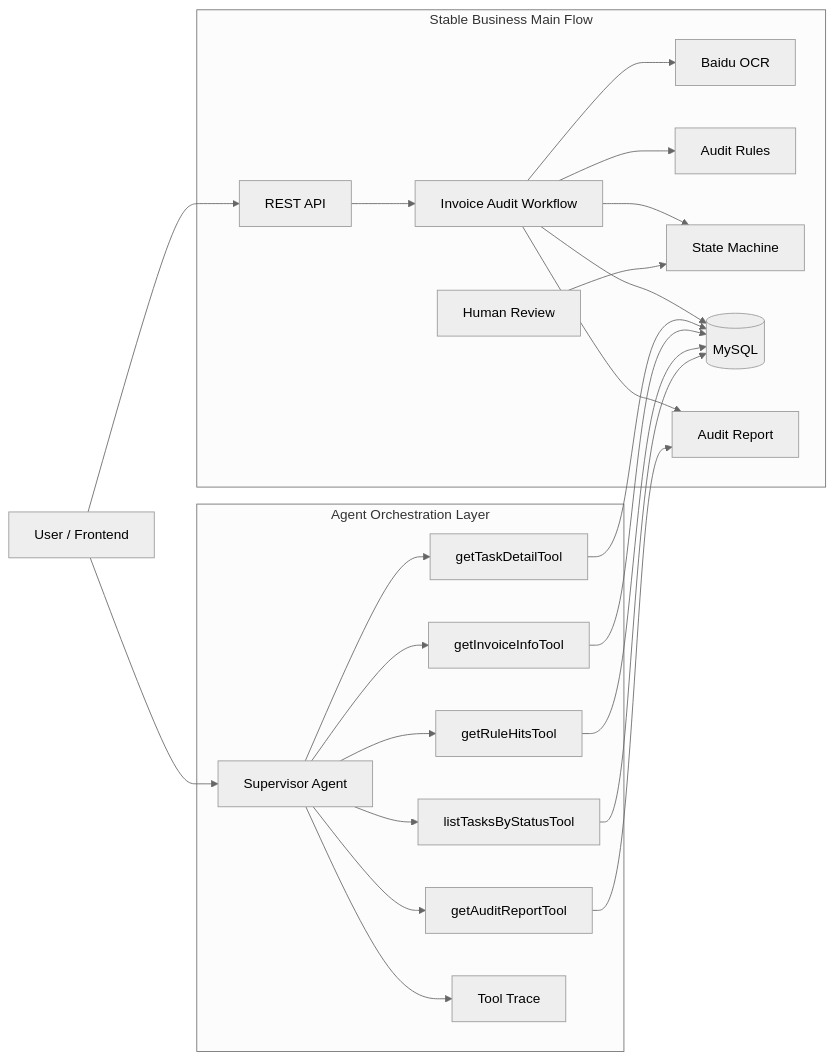
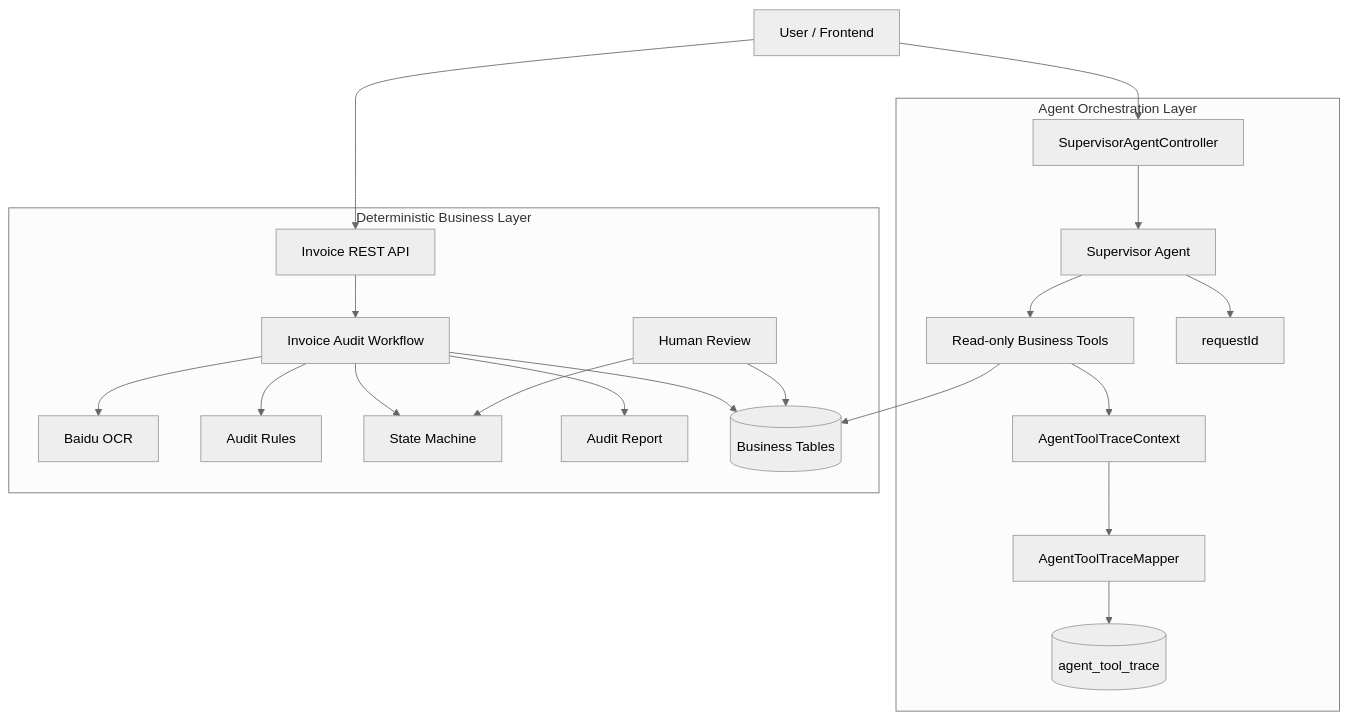
One commit to Chuan1130/invoice-agent-system changed the first of 5 diagrams in README.md. Above: the diagram before and after it, drawn with Mermaid (neutral theme). The commit also changed other lines of this file, not shown here.

Commit message:
docs: update request trace persistence progress

````diff
--- a/README.md
+++ b/README.md
@@ -42,47 +55,44 @@
 ```mermaid
-flowchart LR
+flowchart TB
     U[User / Frontend]
 
-    subgraph Stable[Stable Business Main Flow]
-        API[REST API]
+    subgraph Agent[Agent Orchestration Layer]
+        C[SupervisorAgentController]
+        S[Supervisor Agent]
+        T[Read-only Business Tools]
+        RID[requestId]
+        TRACE[AgentToolTraceContext]
+        TM[AgentToolTraceMapper]
+        TDB[(agent_tool_trace)]
+    end
+
+    subgraph Stable[Deterministic Business Layer]
+        API[Invoice REST API]
         WF[Invoice Audit Workflow]
         OCR[Baidu OCR]
         RULE[Audit Rules]
         SM[State Machine]
-        DB[(MySQL)]
         REPORT[Audit Report]
         HUMAN[Human Review]
+        DB[(Business Tables)]
     end
 
-    subgraph Agent[Agent Orchestration Layer]
-        S[Supervisor Agent]
-        T1[getTaskDetailTool]
-        T2[getInvoiceInfoTool]
-        T3[getRuleHitsTool]
-        T4[getAuditReportTool]
-        T5[listTasksByStatusTool]
-        TRACE[Tool Trace]
-    end
+    U --> C
+    C --> S
+    S --> RID
+    S --> T
+    T --> TRACE
+    TRACE --> TM
+    TM --> TDB
+    T --> DB
 
     U --> API
     API --> WF
     WF --> OCR
     WF --> RULE
     WF --> SM
+    WF --> REPORT
     WF --> DB
-    WF --> REPORT
     HUMAN --> SM
-
-    U --> S
-    S --> T1
-    S --> T2
-    S --> T3
-    S --> T4
-    S --> T5
-    T1 --> DB
-    T2 --> DB
-    T3 --> DB
-    T4 --> REPORT
-    T5 --> DB
-    S --> TRACE
+    HUMAN --> DB
 ```
````
